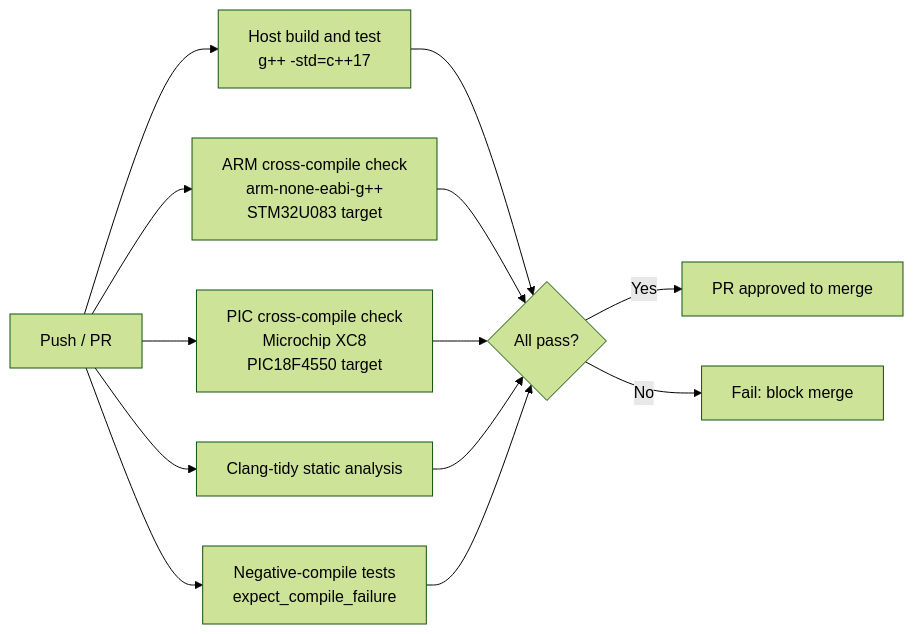
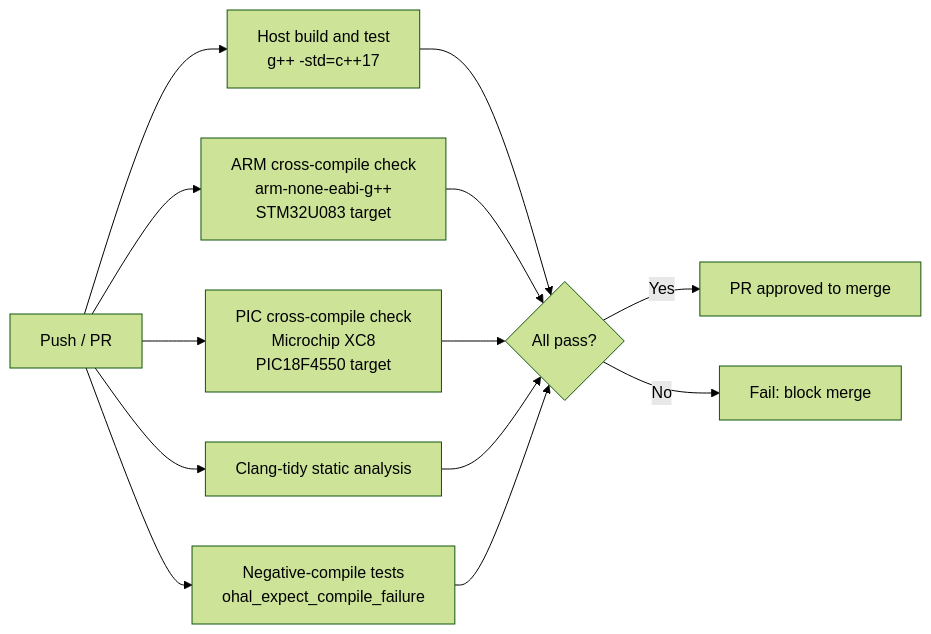
One commit to grahame-org/ohal changed the diagram in docs/steps/step-12-ci.md. Above: the diagram before and after it, drawn with Mermaid (forest theme). The commit also changed 4 other files, not shown here.

````diff
--- a/docs/steps/step-12-ci.md
+++ b/docs/steps/step-12-ci.md
@@ -7,15 +7,15 @@
 ```mermaid
 flowchart LR
     A[Push / PR] --> B[Host build and test<br/>g++ -std=c++17]
     A --> C[ARM cross-compile check<br/>arm-none-eabi-g++<br/>STM32U083 target]
     A --> D[PIC cross-compile check<br/>Microchip XC8<br/>PIC18F4550 target]
     A --> E[Clang-tidy static analysis]
-    A --> F[Negative-compile tests<br/>expect_compile_failure]
+    A --> F[Negative-compile tests<br/>ohal_expect_compile_failure]
     B --> G{All pass?}
     C --> G
     D --> G
     E --> G
     F --> G
     G -- Yes --> H[PR approved to merge]
     G -- No  --> I[Fail: block merge]
 ```
````
